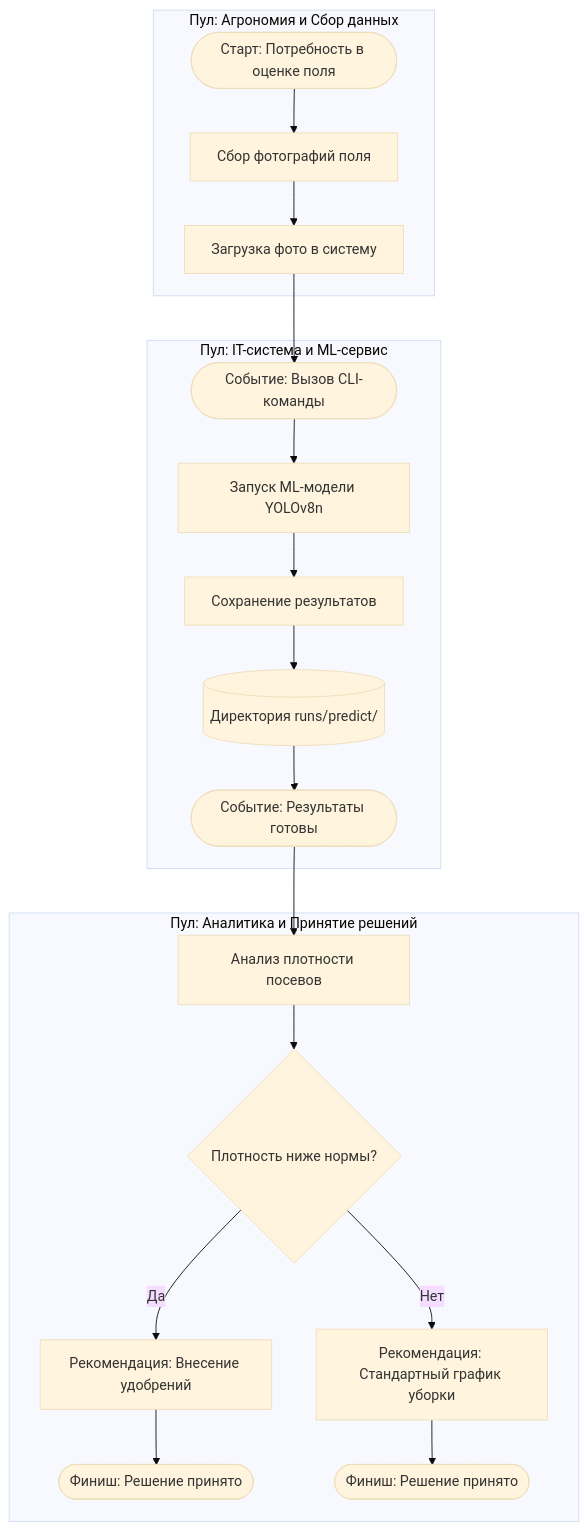
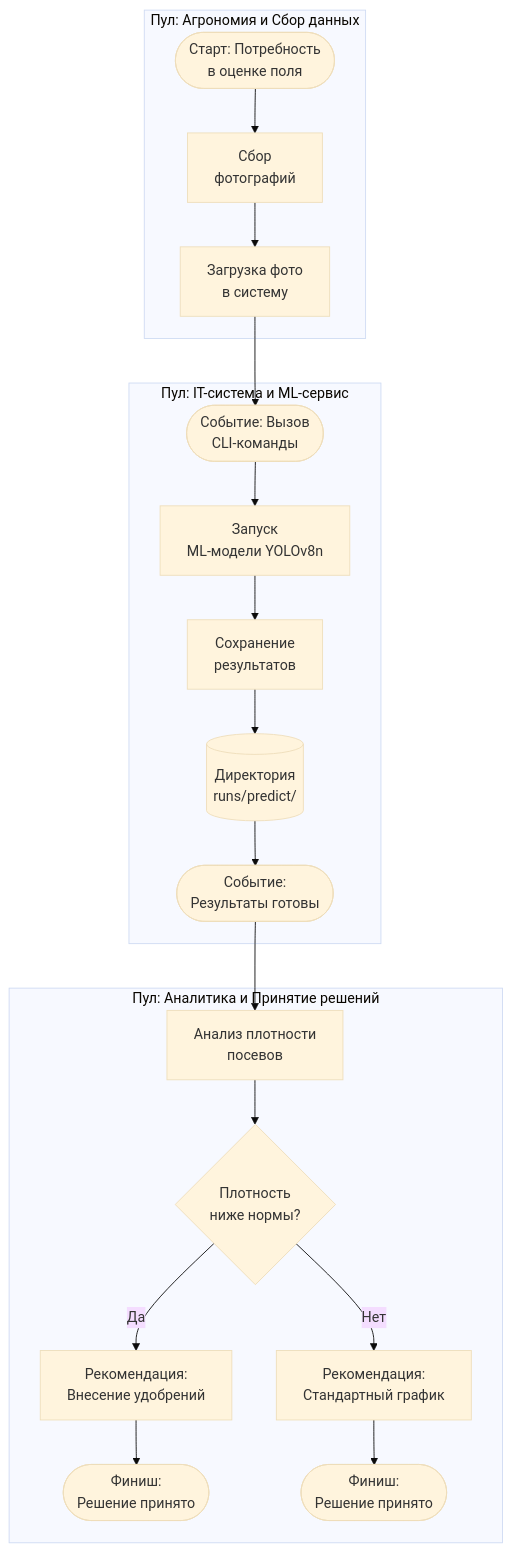
The diagram in docs/model_bpmn.md (aunwaveringkh-art/Wheat_detection), drawn with Mermaid (base theme) before and after one commit.

````diff
--- a/docs/model_bpmn.md
+++ b/docs/model_bpmn.md
@@ -5,32 +5,31 @@
 ```mermaid
 flowchart TD
     %% ПУЛ 1: Агрономия
     subgraph Field [Пул: Агрономия и Сбор данных]
-        Start([Старт: Потребность в оценке поля]) --> DataCollection[Сбор фотографий поля]
-        DataCollection --> Upload[Загрузка фото в систему]
+        Start([Старт: Потребность<br>в оценке поля]) --> DataCollection[Сбор<br>фотографий]
+        DataCollection --> Upload[Загрузка фото<br>в систему]
     end
 
     %% ПУЛ 2: IT и ML
     subgraph IT_System [Пул: IT-система и ML-сервис]
-        Upload --> CLI_Event([Событие: Вызов CLI-команды])
-        CLI_Event --> Model_Execution[Запуск ML-модели YOLOv8n]
-        Model_Execution --> Results_Save[Сохранение результатов]
+        Upload --> CLI_Event([Событие: Вызов<br>CLI-команды])
+        CLI_Event --> Model_Execution[Запуск<br>ML-модели YOLOv8n]
+        Model_Execution --> Results_Save[Сохранение<br>результатов]
         
-        %% Цилиндр для обозначения хранилища
-        Results_Save --> DB[(Директория runs/predict/)]
+        Results_Save --> DB[(Директория<br>runs/predict/)]
         
-        DB --> Analysis_Event([Событие: Результаты готовы])
+        DB --> Analysis_Event([Событие:<br>Результаты готовы])
     end
 
     %% ПУЛ 3: Аналитика
     subgraph Decision_Making [Пул: Аналитика и Принятие решений]
-        Analysis_Event --> Review[Анализ плотности посевов]
-        Review --> Gateway{Плотность ниже нормы?}
+        Analysis_Event --> Review[Анализ плотности<br>посевов]
+        Review --> Gateway{Плотность<br>ниже нормы?}
         
-        Gateway -->|Да| Action1[Рекомендация: Внесение удобрений]
-        Gateway -->|Нет| Action2[Рекомендация: Стандартный график уборки]
+        Gateway -->|Да| Action1[Рекомендация:<br>Внесение удобрений]
+        Gateway -->|Нет| Action2[Рекомендация:<br>Стандартный график]
         
-        Action1 --> End1([Финиш: Решение принято])
-        Action2 --> End2([Финиш: Решение принято])
+        Action1 --> End1([Финиш:<br>Решение принято])
+        Action2 --> End2([Финиш:<br>Решение принято])
     end
 ```
````
